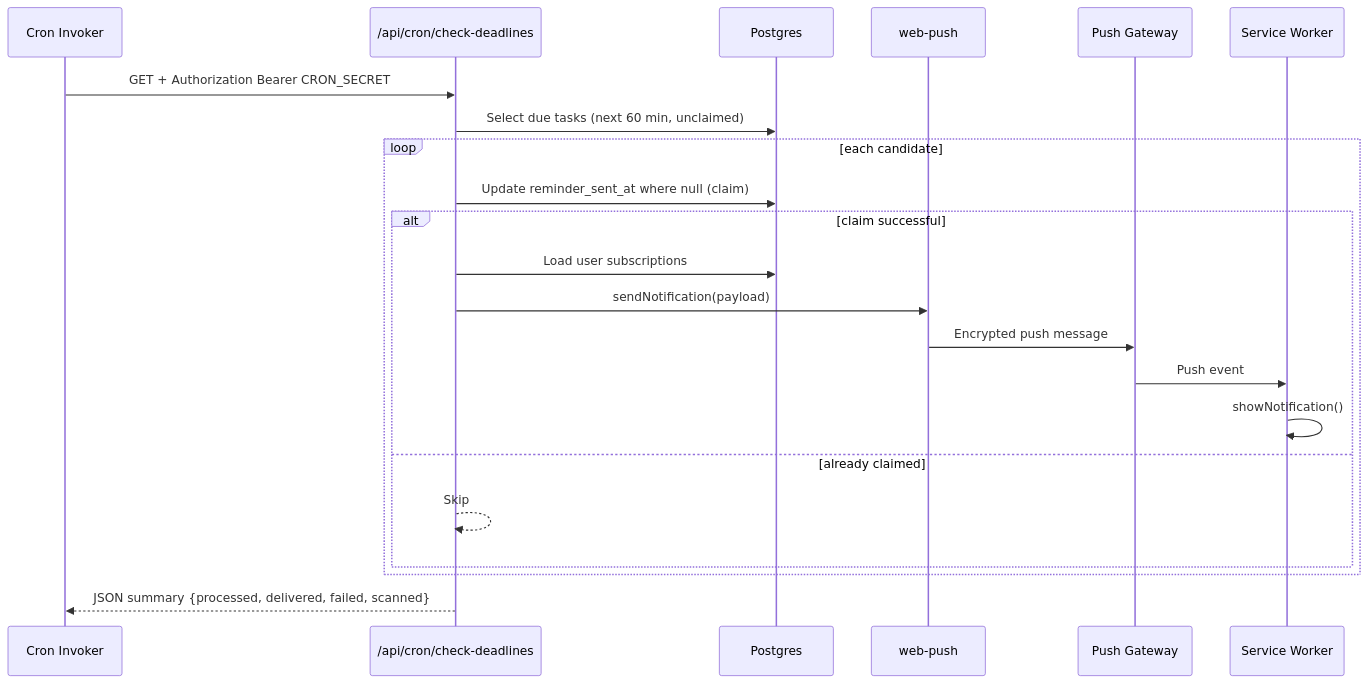
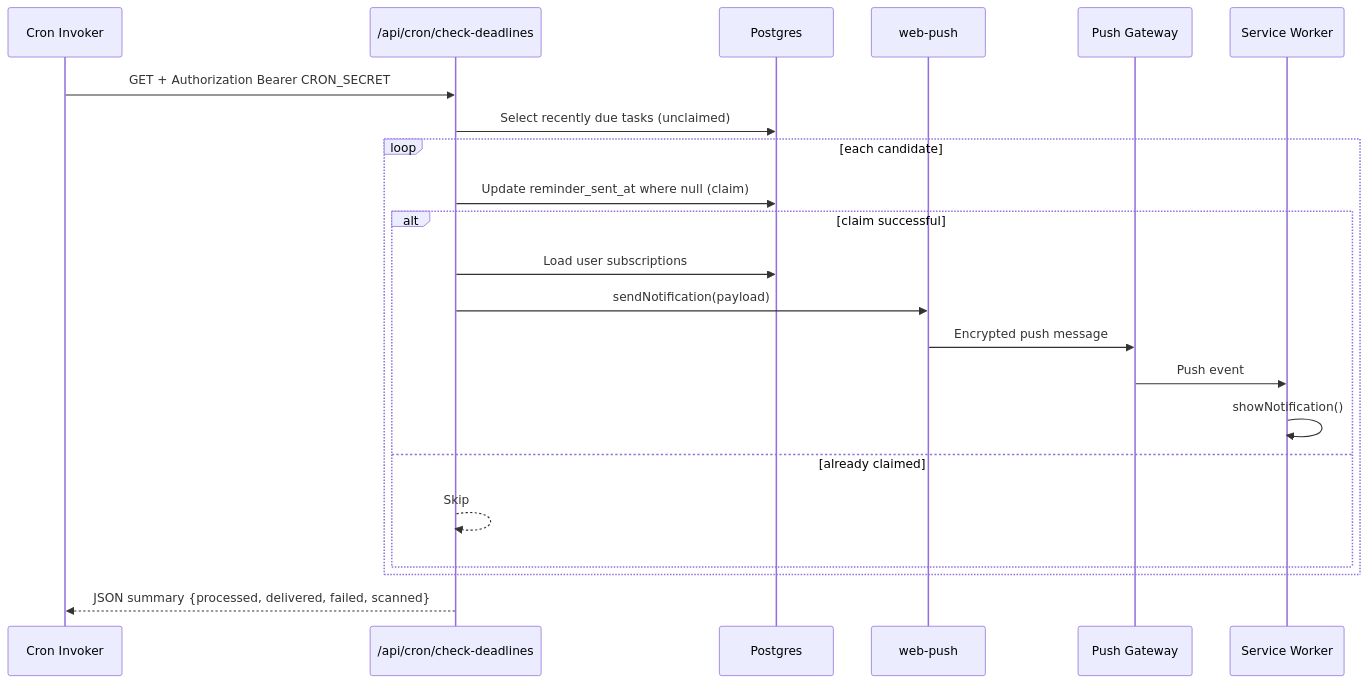
The second of 2 diagrams in README.md (selvam-046/Raise-with-You), drawn with Mermaid before and after one commit. The commit also changed other lines of this file and 10 other files, not shown here.

````diff
--- a/README.md
+++ b/README.md
@@ -196,25 +196,25 @@
 ```mermaid
 sequenceDiagram
    participant C as Cron Invoker
    participant A as /api/cron/check-deadlines
    participant D as Postgres
    participant W as web-push
    participant G as Push Gateway
    participant S as Service Worker
 
    C->>A: GET + Authorization Bearer CRON_SECRET
-   A->>D: Select due tasks (next 60 min, unclaimed)
+   A->>D: Select recently due tasks (unclaimed)
    loop each candidate
       A->>D: Update reminder_sent_at where null (claim)
       alt claim successful
          A->>D: Load user subscriptions
          A->>W: sendNotification(payload)
          W->>G: Encrypted push message
          G->>S: Push event
          S->>S: showNotification()
       else already claimed
          A-->>A: Skip
       end
    end
    A-->>C: JSON summary {processed, delivered, failed, scanned}
 ```
````
